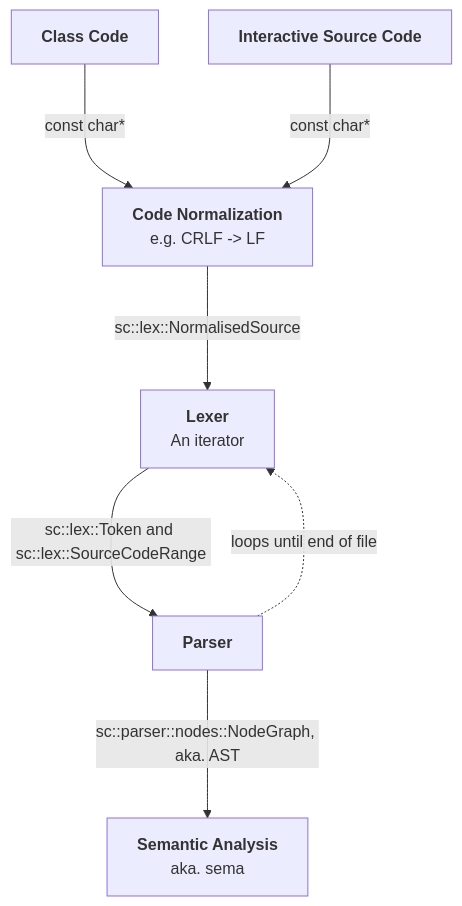
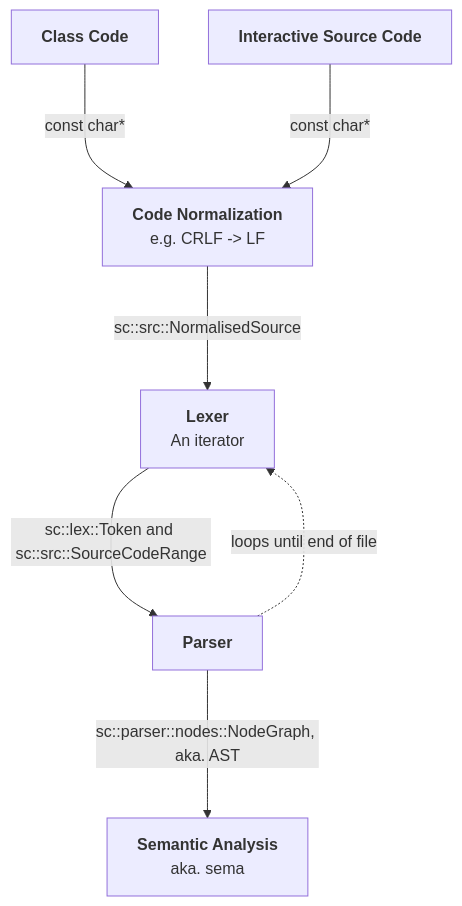
One commit to supercollider/supercollider changed the diagram in langutils/README.md. Above: the diagram before and after it, drawn with Mermaid. The commit also changed 73 other files, not shown here.

Commit message:
sc_source:create, moves source utils out of the lexer

````diff
--- a/langutils/README.md
+++ b/langutils/README.md
@@ -5,41 +5,41 @@
 ```mermaid
 flowchart TB
     src["`
         **Interactive Source Code**
     `"]
 
     c["`
         **Class Code**
     `"]
 
 
     normalize["`
         **Code Normalization**
         e.g. CRLF -> LF
     `"]
 
     lexer["`    
         **Lexer**
         An iterator
     `"]
 
     parser["`**Parser**`"]
 
     sema["`
         **Semantic Analysis**
         aka. sema
     `"]
 
     c ---> |const char*|normalize;
 
     src 
     ---> |const char*|normalize 
-    ---> |sc::lex::NormalisedSource|lexer
-    ---> |sc::lex::Token and sc::lex::SourceCodeRange|parser
+    ---> |sc::src::NormalisedSource|lexer
+    ---> |sc::lex::Token and sc::src::SourceCodeRange|parser
     ---> |sc::parser::nodes::NodeGraph, aka. AST|sema
 
     ;
 
     parser -. loops until end of file.-> lexer;
 
 ```
````
